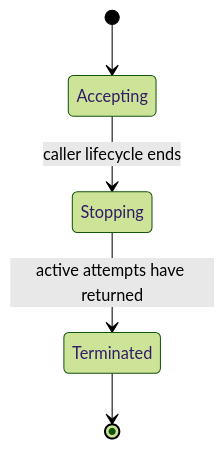
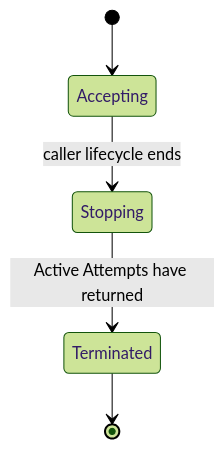
The third of 5 diagrams in openspec/changes/establish-reconciliation-control-loop/model.md (kotokumu/arcloom), drawn with Mermaid (forest theme) before and after one commit. The commit also changed other lines of this file and 42 other files, not shown here.

````diff
--- a/openspec/changes/establish-reconciliation-control-loop/model.md
+++ b/openspec/changes/establish-reconciliation-control-loop/model.md
@@ -46,7 +127,7 @@
 ```mermaid
 stateDiagram-v2
     [*] --> Accepting
     Accepting --> Stopping: caller lifecycle ends
-    Stopping --> Terminated: active attempts have returned
+    Stopping --> Terminated: Active Attempts have returned
     Terminated --> [*]
 ```
````
